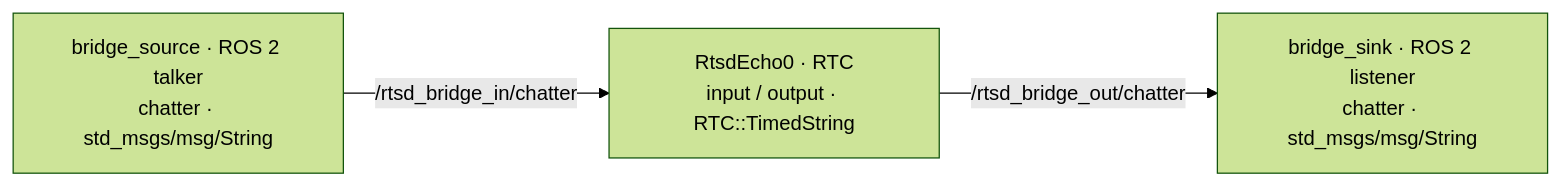
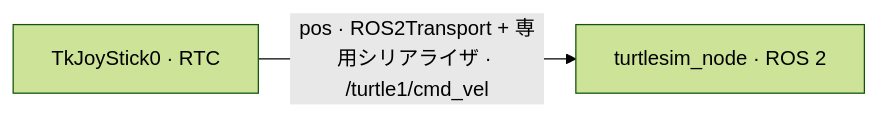
Before and after one commit to Nobu19800/RTC-Agent-Tools: the diagram in docs/rtc-ros2.md, drawn with Mermaid (forest theme). The commit also changed other lines of this file and 44 other files, not shown here.

````diff
--- a/docs/rtc-ros2.md
+++ b/docs/rtc-ros2.md
@@ -24,8 +7,6 @@
 ```mermaid
 flowchart LR
-    talker["bridge_source · ROS 2 talker<br/>chatter · std_msgs/msg/String"]
-    echo["RtsdEcho0 · RTC<br/>input / output · RTC::TimedString"]
-    listener["bridge_sink · ROS 2 listener<br/>chatter · std_msgs/msg/String"]
-    talker -->|"/rtsd_bridge_in/chatter"| echo
-    echo -->|"/rtsd_bridge_out/chatter"| listener
+    joy["TkJoyStick0 · RTC"]
+    sim["turtlesim_node · ROS 2"]
+    joy -->|"pos · ROS2Transport + 専用シリアライザ · /turtle1/cmd_vel"| sim
 ```
````
